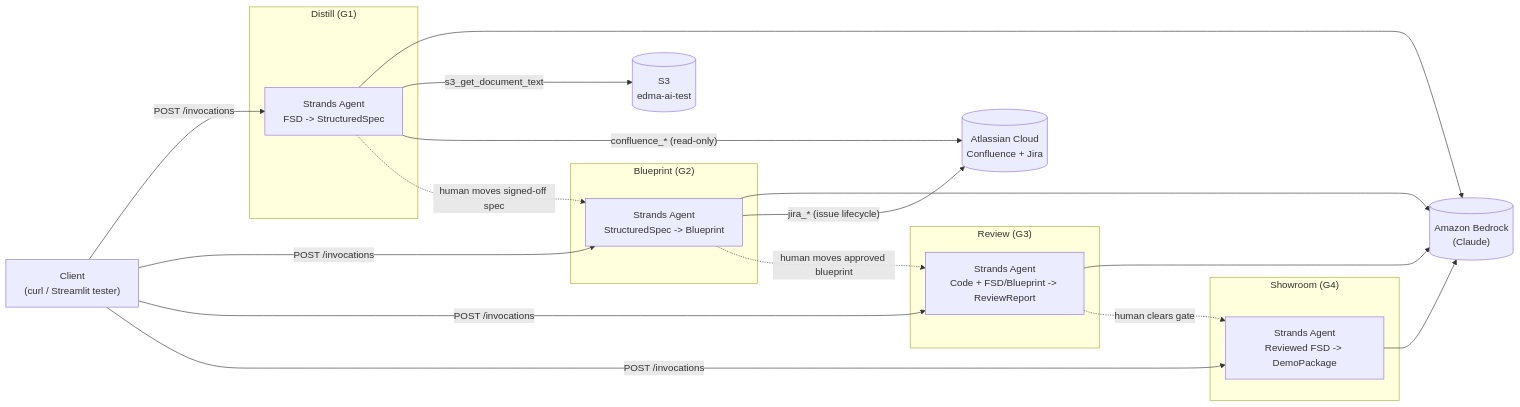
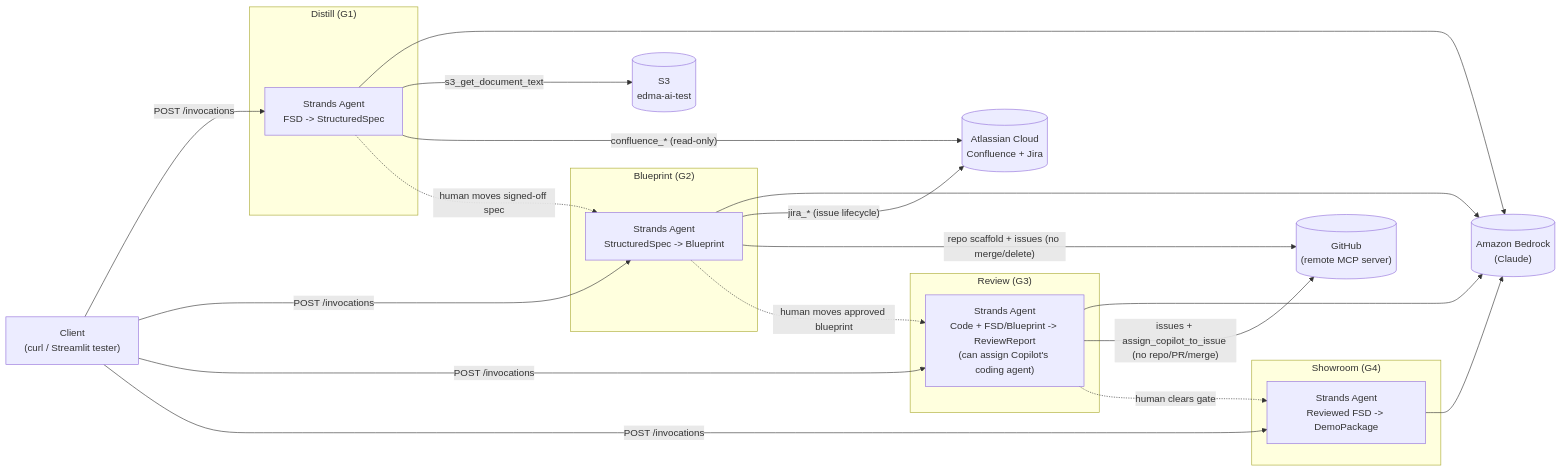
The first of 3 diagrams in docs/architecture.md (eitanflor/ua-hyperdelivery), drawn with Mermaid before and after one commit. The commit also changed other lines of this file and 23 other files, not shown here.

First line of the commit message:
github mcp and copilot handoff  (#10)

````diff
--- a/docs/architecture.md
+++ b/docs/architecture.md
@@ -11,39 +11,42 @@
 ```mermaid
 flowchart LR
     client["Client\n(curl / Streamlit tester)"]
 
     subgraph G1["Distill (G1)"]
         distill["Strands Agent\nFSD -> StructuredSpec"]
     end
     subgraph G2["Blueprint (G2)"]
         blueprint["Strands Agent\nStructuredSpec -> Blueprint"]
     end
     subgraph G3["Review (G3)"]
-        review["Strands Agent\nCode + FSD/Blueprint -> ReviewReport"]
+        review["Strands Agent\nCode + FSD/Blueprint -> ReviewReport\n(can assign Copilot's coding agent)"]
     end
     subgraph G4["Showroom (G4)"]
         showroom["Strands Agent\nReviewed FSD -> DemoPackage"]
     end
 
     bedrock[("Amazon Bedrock\n(Claude)")]
     s3[("S3\nedma-ai-test")]
     atlassian[("Atlassian Cloud\nConfluence + Jira")]
+    github[("GitHub\n(remote MCP server)")]
 
     client -->|"POST /invocations"| distill
     client -->|"POST /invocations"| blueprint
     client -->|"POST /invocations"| review
     client -->|"POST /invocations"| showroom
 
     distill --> bedrock
     blueprint --> bedrock
     review --> bedrock
     showroom --> bedrock
 
     distill -->|"s3_get_document_text"| s3
     distill -->|"confluence_* (read-only)"| atlassian
     blueprint -->|"jira_* (issue lifecycle)"| atlassian
+    blueprint -->|"repo scaffold + issues (no merge/delete)"| github
+    review -->|"issues + assign_copilot_to_issue (no repo/PR/merge)"| github
 
     distill -.->|"human moves signed-off spec"| blueprint
     blueprint -.->|"human moves approved blueprint"| review
     review -.->|"human clears gate"| showroom
 ```
````
